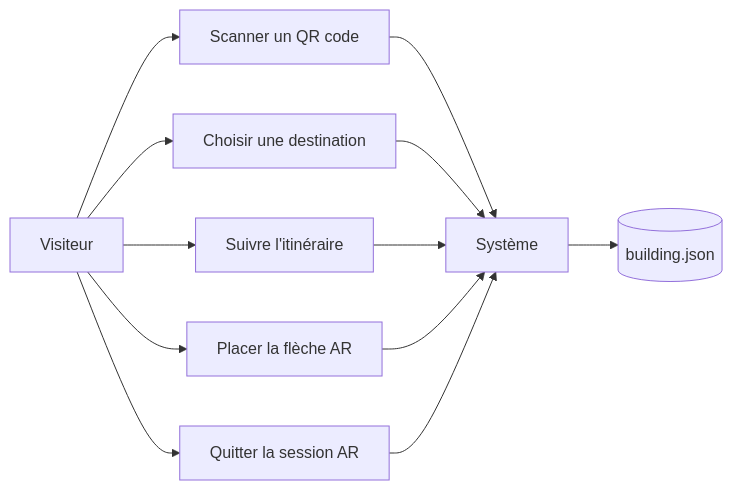
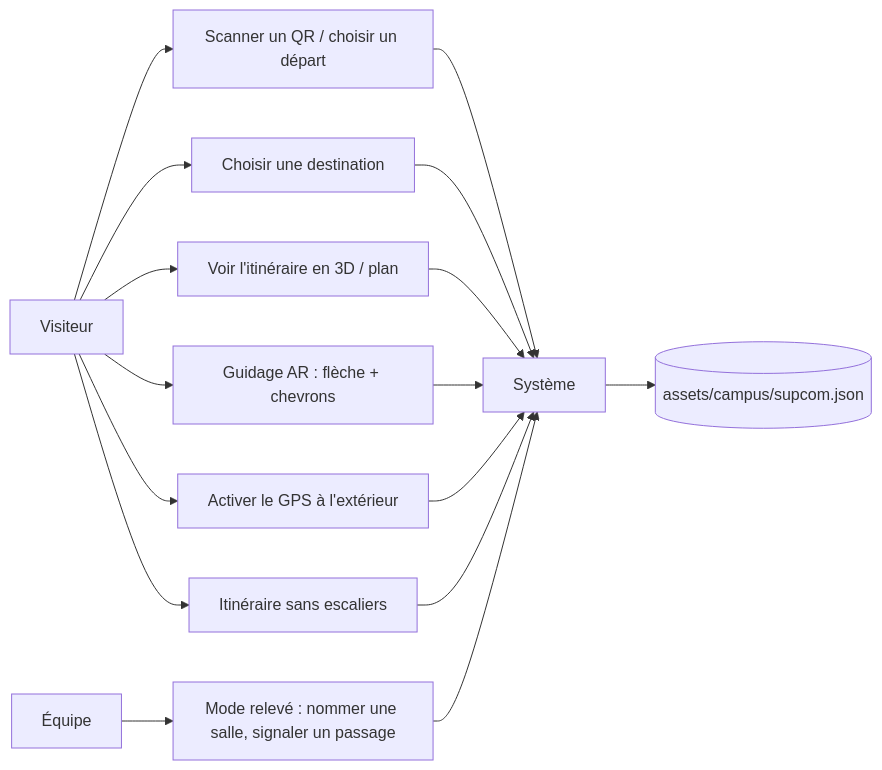
Before and after one commit to yessinomhiri-cpu/indoor-wayfinder: the first of 5 diagrams in docs/design-notebook.md, drawn with Mermaid. The commit also changed other lines of this file and 59 other files, not shown here.

First line of the commit message:
feat: real SUP'COM campus in WebGPU, multi-floor routes, compass, GPS (v3.0.0)

````diff
--- a/docs/design-notebook.md
+++ b/docs/design-notebook.md
@@ -25,14 +29,18 @@
 ```mermaid
 flowchart LR
-    V[Visiteur] --> U1[Scanner un QR code]
+    V[Visiteur] --> U1[Scanner un QR / choisir un départ]
     V --> U2[Choisir une destination]
-    V --> U3[Suivre l'itinéraire]
-    V --> U4[Placer la flèche AR]
-    V --> U5[Quitter la session AR]
+    V --> U3[Voir l'itinéraire en 3D / plan]
+    V --> U4[Guidage AR : flèche + chevrons]
+    V --> U5[Activer le GPS à l'extérieur]
+    V --> U6[Itinéraire sans escaliers]
+    E[Équipe] --> U7[Mode relevé : nommer une salle, signaler un passage]
     U1 --> S[Système]
     U2 --> S
     U3 --> S
     U4 --> S
     U5 --> S
-    S --> D[(building.json)]
+    U6 --> S
+    U7 --> S
+    S --> D[(assets/campus/supcom.json)]
 ```
````
